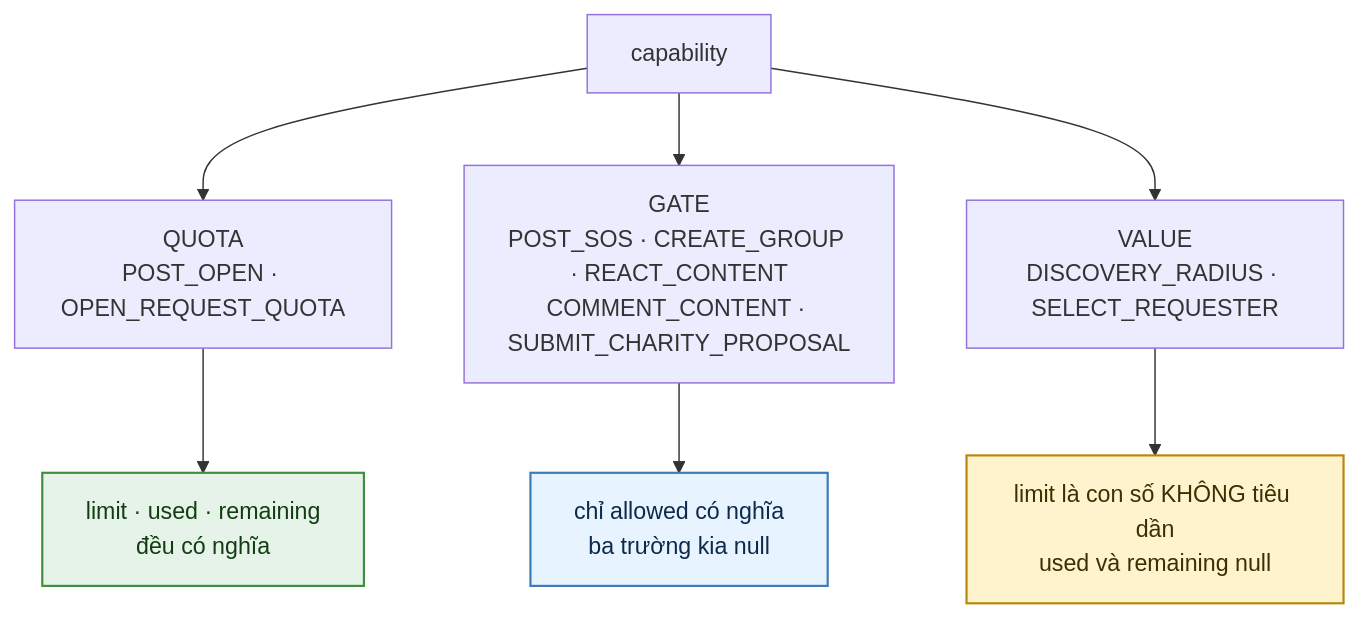
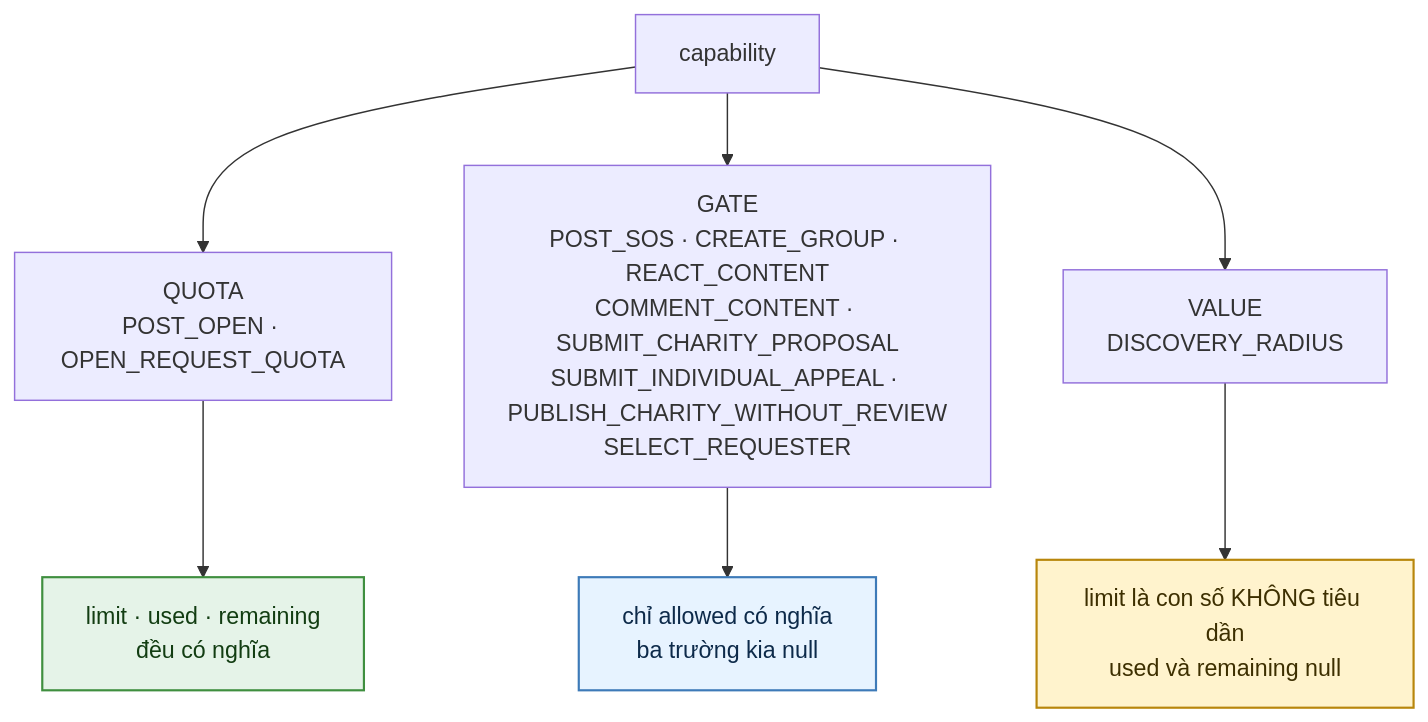
Before and after one commit to fdshn/trueheart: the second of 5 diagrams in docs/diagram/24-entitlement.md, drawn with Mermaid. The commit also changed other lines of this file and 49 other files, not shown here.

````diff
--- a/docs/diagram/24-entitlement.md
+++ b/docs/diagram/24-entitlement.md
@@ -44,14 +44,14 @@
 ```mermaid
 flowchart TD
     A["capability"] --> Q["QUOTA<br/>POST_OPEN · OPEN_REQUEST_QUOTA"]
-    A --> G["GATE<br/>POST_SOS · CREATE_GROUP · REACT_CONTENT<br/>COMMENT_CONTENT · SUBMIT_CHARITY_PROPOSAL"]
-    A --> V["VALUE<br/>DISCOVERY_RADIUS · SELECT_REQUESTER"]
+    A --> G["GATE<br/>POST_SOS · CREATE_GROUP · REACT_CONTENT<br/>COMMENT_CONTENT · SUBMIT_CHARITY_PROPOSAL<br/>SUBMIT_INDIVIDUAL_APPEAL · PUBLISH_CHARITY_WITHOUT_REVIEW<br/>SELECT_REQUESTER"]
+    A --> V["VALUE<br/>DISCOVERY_RADIUS"]
 
     Q --> Q1["limit · used · remaining<br/>đều có nghĩa"]
     G --> G1["chỉ allowed có nghĩa<br/>ba trường kia null"]
     V --> V1["limit là con số KHÔNG tiêu dần<br/>used và remaining null"]
 
     style Q1 fill:#3ca05021,stroke:#3f8f3f,stroke-width:1.5px,color:#123d12
     style G1 fill:#e7f3ff,stroke:#3d7ab8,stroke-width:1.5px,color:#0d2a4a
     style V1 fill:#fff3cd,stroke:#b8860b,stroke-width:1.5px,color:#3d2f00
 ```
````
